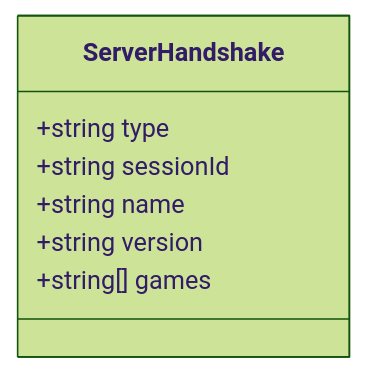
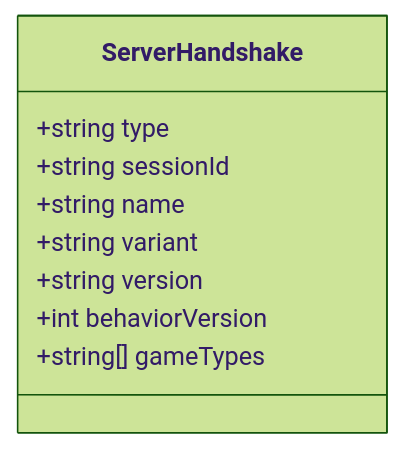
Before and after one commit to robocode-dev/tank-royale: the fourth of 11 diagrams in docs/architecture/models/message-schema/handshakes.md, drawn with Mermaid (forest theme). The commit also changed other lines of this file and 40 other files, not shown here.

````diff
--- a/docs/architecture/models/message-schema/handshakes.md
+++ b/docs/architecture/models/message-schema/handshakes.md
@@ -155,10 +157,12 @@
 ```mermaid
 classDiagram
     class ServerHandshake {
         +string type
         +string sessionId
         +string name
+        +string variant
         +string version
-        +string[] games
+        +int behaviorVersion
+        +string[] gameTypes
     }
 ```
````
